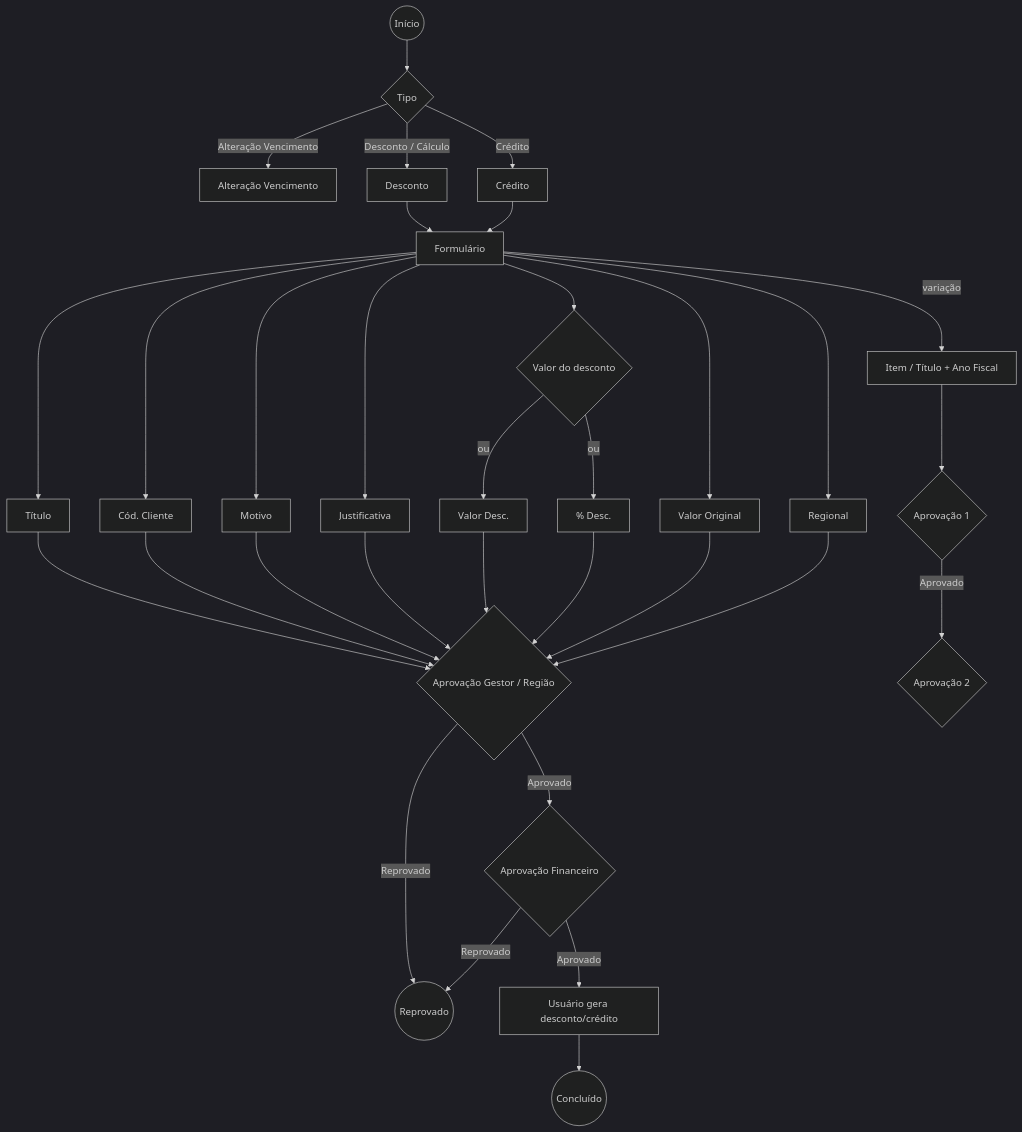
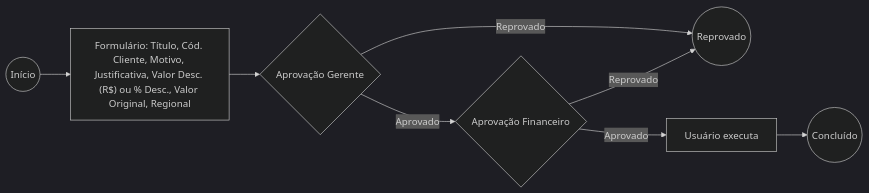
The diagram in fluxogramas/02-desconto-credito.md (elofavoritos-glitch/fluxograma-financeiro-elo), drawn with Mermaid (dark theme) before and after one commit. The commit also changed other lines of this file and 8 other files, not shown here.

````diff
--- a/fluxogramas/02-desconto-credito.md
+++ b/fluxogramas/02-desconto-credito.md
@@ -6,30 +5,10 @@
 ```mermaid
-flowchart TD
-    START((Início)) --> RAMO{Tipo}
-    RAMO -->|Alteração Vencimento| ALT[Alteração Vencimento]
-    RAMO -->|Desconto / Cálculo| DESC[Desconto]
-    RAMO -->|Crédito| CRED[Crédito]
-
-    DESC --> FORM[Formulário]
-    CRED --> FORM
-
-    FORM --> F1[Título]
-    FORM --> F2[Cód. Cliente]
-    FORM --> F3[Motivo]
-    FORM --> F4[Justificativa]
-    FORM --> VAL{Valor do desconto}
-    VAL -->|ou| V1[Valor Desc.]
-    VAL -->|ou| V2[% Desc.]
-    FORM --> F5[Valor Original]
-    FORM --> F6[Regional]
-
-    F1 & F2 & F3 & F4 & V1 & V2 & F5 & F6 --> APROV1{Aprovação Gestor / Região}
-    APROV1 -->|Aprovado| APROV2{Aprovação Financeiro}
-    APROV1 -->|Reprovado| FIM_REP((Reprovado))
-    APROV2 -->|Aprovado| USER[Usuário gera desconto/crédito]
-    APROV2 -->|Reprovado| FIM_REP
-    USER --> FIM((Concluído))
-    FORM -->|variação| ITEM[Item / Título + Ano Fiscal]
-    ITEM --> AX1{Aprovação 1}
-    AX1 -->|Aprovado| AX2{Aprovação 2}
+flowchart LR
+    START((Início)) --> FORM["Formulário: Título, Cód. Cliente, Motivo, Justificativa, Valor Desc. (R$) ou % Desc., Valor Original, Regional"]
+    FORM --> AP1{Aprovação Gerente}
+    AP1 -->|Aprovado| AP2{Aprovação Financeiro}
+    AP1 -->|Reprovado| REP((Reprovado))
+    AP2 -->|Aprovado| USR[Usuário executa]
+    AP2 -->|Reprovado| REP
+    USR --> FIM((Concluído))
 ```
````
